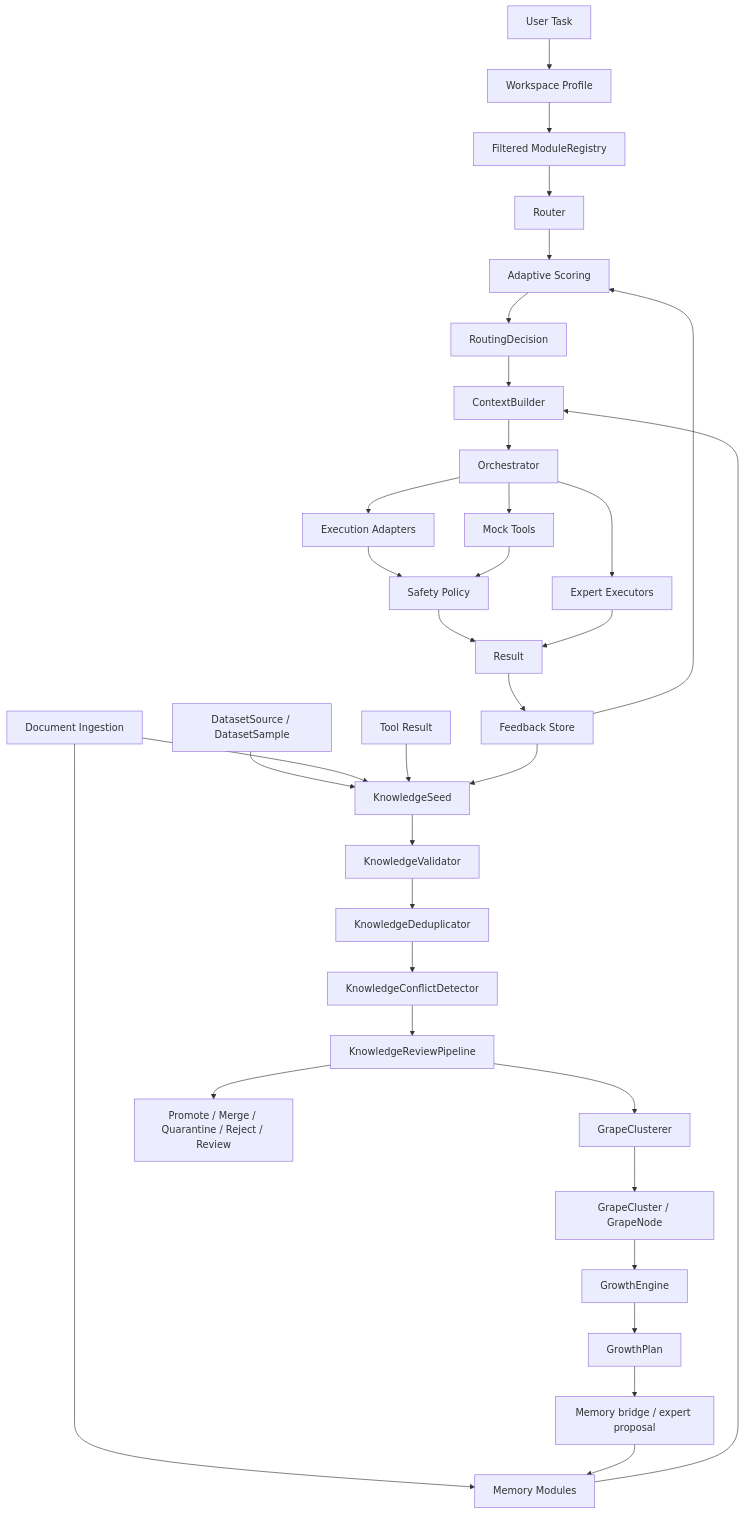
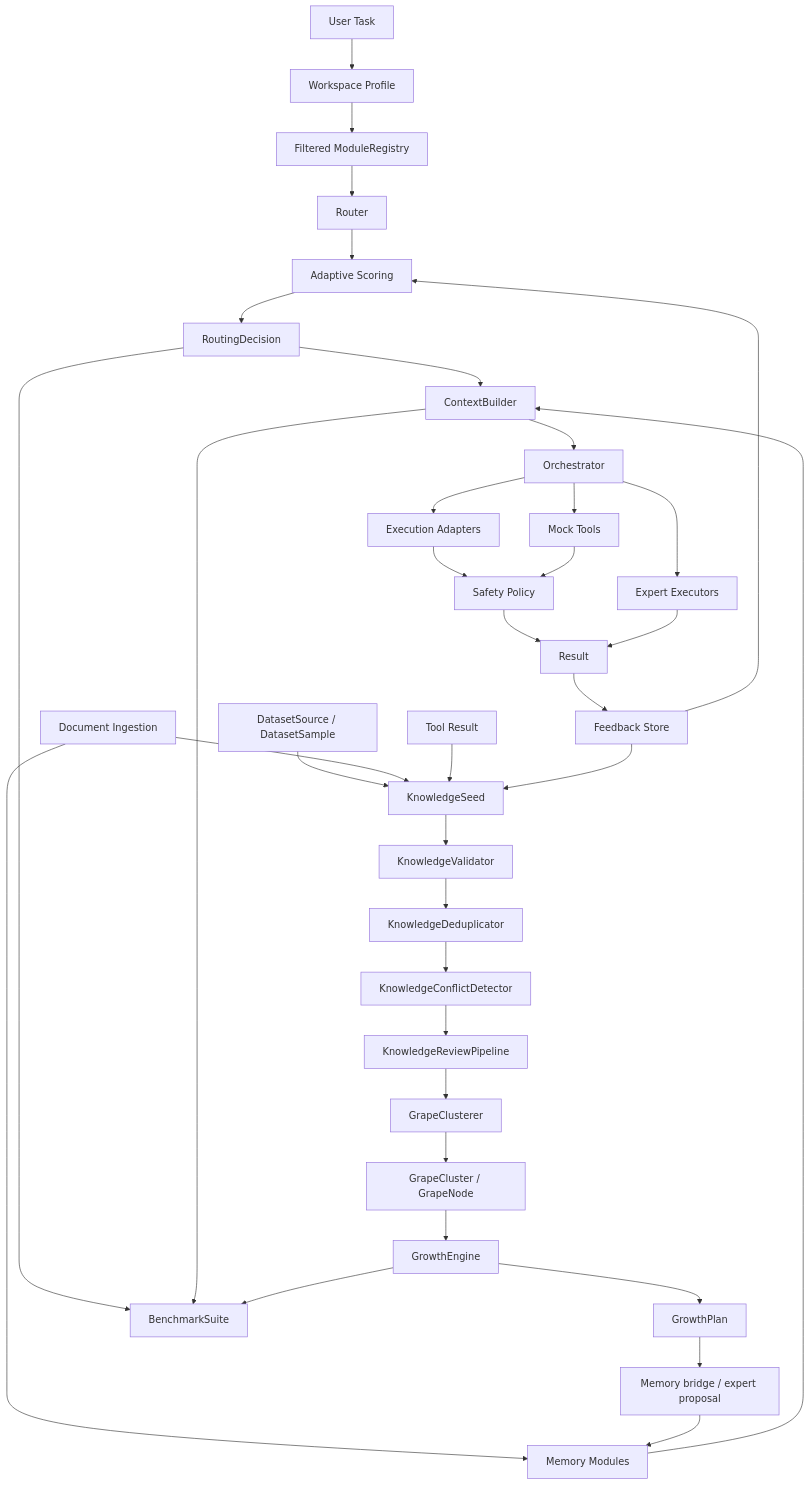
The diagram in docs/architecture.md (Robotyaga/Grona), drawn with Mermaid before and after one commit. The commit also changed other lines of this file and 18 other files, not shown here.

First line of the commit message:
Add BenchmarkSuite MVP

````diff
--- a/docs/architecture.md
+++ b/docs/architecture.md
@@ -20,36 +21,38 @@
 ```mermaid
 flowchart TD
     A[User Task] --> B[Workspace Profile]
     B --> C[Filtered ModuleRegistry]
     C --> D[Router]
     F[Feedback Store] --> E[Adaptive Scoring]
     D --> E
     E --> G[RoutingDecision]
     H[Memory Modules] --> I[ContextBuilder]
     J[Document Ingestion] --> H
     DS[DatasetSource / DatasetSample] --> Q[KnowledgeSeed]
     J --> Q
     R[Tool Result] --> Q
     F --> Q
     Q --> S[KnowledgeValidator]
     S --> U[KnowledgeDeduplicator]
     U --> V[KnowledgeConflictDetector]
     V --> W[KnowledgeReviewPipeline]
     W --> X[GrapeClusterer]
     X --> Y[GrapeCluster / GrapeNode]
     Y --> Z[GrowthEngine]
     Z --> AA[GrowthPlan]
     AA --> AB[Memory bridge / expert proposal]
     AB --> H
-    W --> T[Promote / Merge / Quarantine / Reject / Review]
     G --> I
     I --> K[Orchestrator]
     K --> L[Expert Executors]
     K --> M[Execution Adapters]
     K --> N[Mock Tools]
     M --> O[Safety Policy]
     N --> O
     O --> P[Result]
     L --> P
     P --> F
+    G --> BS[BenchmarkSuite]
+    I --> BS
+    Z --> BS
 ```
````
